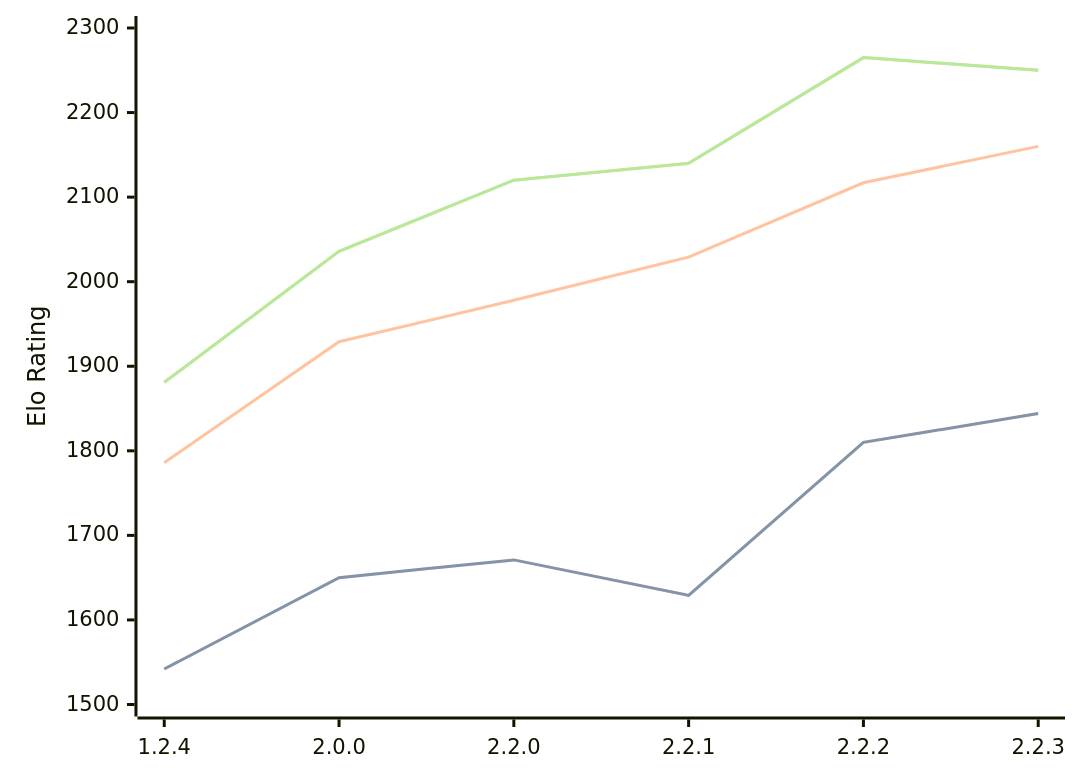
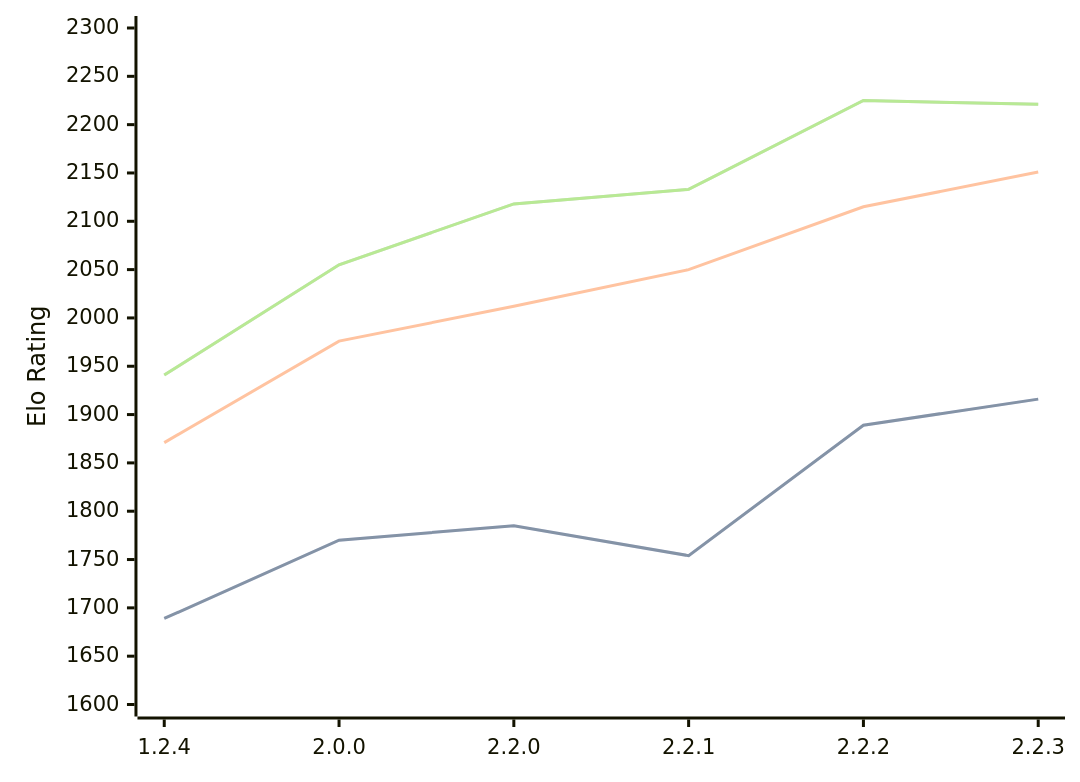
One commit to computer-chess-index/cci changed the diagram in engines/Kreveta.md. Above: the diagram before and after it, drawn with Mermaid. The commit also changed other lines of this file, not shown here.

Commit message:
Update CCI Ratings (ELO VLTC) - 2026-02-24

````diff
--- a/engines/Kreveta.md
+++ b/engines/Kreveta.md
@@ -36,11 +36,11 @@
 ```mermaid
 %%{init: {"theme":"base","themeVariables":{"seriesColors:['#a3a3a3','#222221','#faa371']}}}%%
 xychart-beta
   x-axis ["1.2.4", "2.0.0", "2.2.0", "2.2.1", "2.2.2", "2.2.3"]
-  y-axis "Elo Rating" 1500 --> 2300
-  line "STC (8.0+0.08s)" [1542, 1650, 1671, 1629, 1810, 1844]
-  line "STC (8.0+0.08s)" [1542, 1650, 1671, 1629, 1810, 1844]
-  line "LTC (60.0+0.60s)" [1786, 1929, 1978, 2029, 2117, 2160]
-  line "VLTC (2m24s+1.12s)" [1881, 2036, 2120, 2140, 2265, 2250]
-  line "VLTC (2m24s+1.12s)" [1881, 2036, 2120, 2140, 2265, 2250]
+  y-axis "Elo Rating" 1600 --> 2300
+  line "STC (8.0+0.08s)" [1689, 1770, 1785, 1754, 1889, 1916]
+  line "STC (8.0+0.08s)" [1689, 1770, 1785, 1754, 1889, 1916]
+  line "LTC (60.0+0.60s)" [1871, 1976, 2012, 2050, 2115, 2151]
+  line "VLTC (2m24s+1.12s)" [1941, 2055, 2118, 2133, 2225, 2221]
+  line "VLTC (2m24s+1.12s)" [1941, 2055, 2118, 2133, 2225, 2221]
 ```
````
